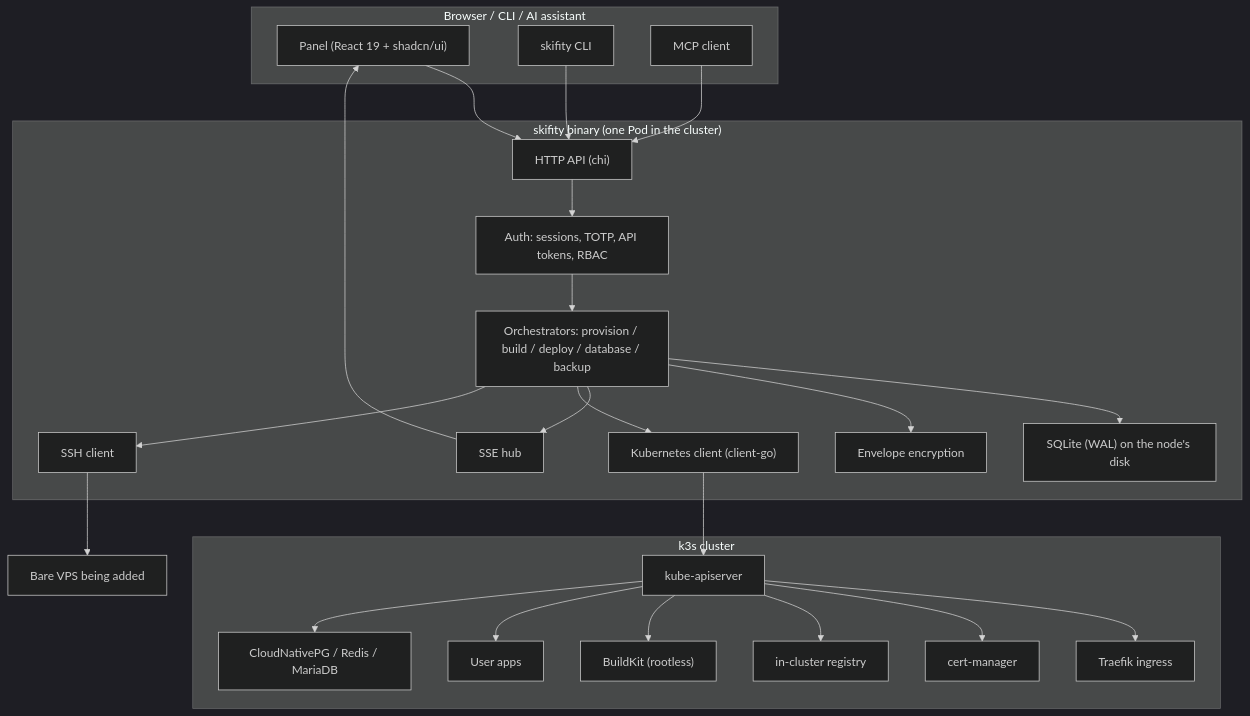
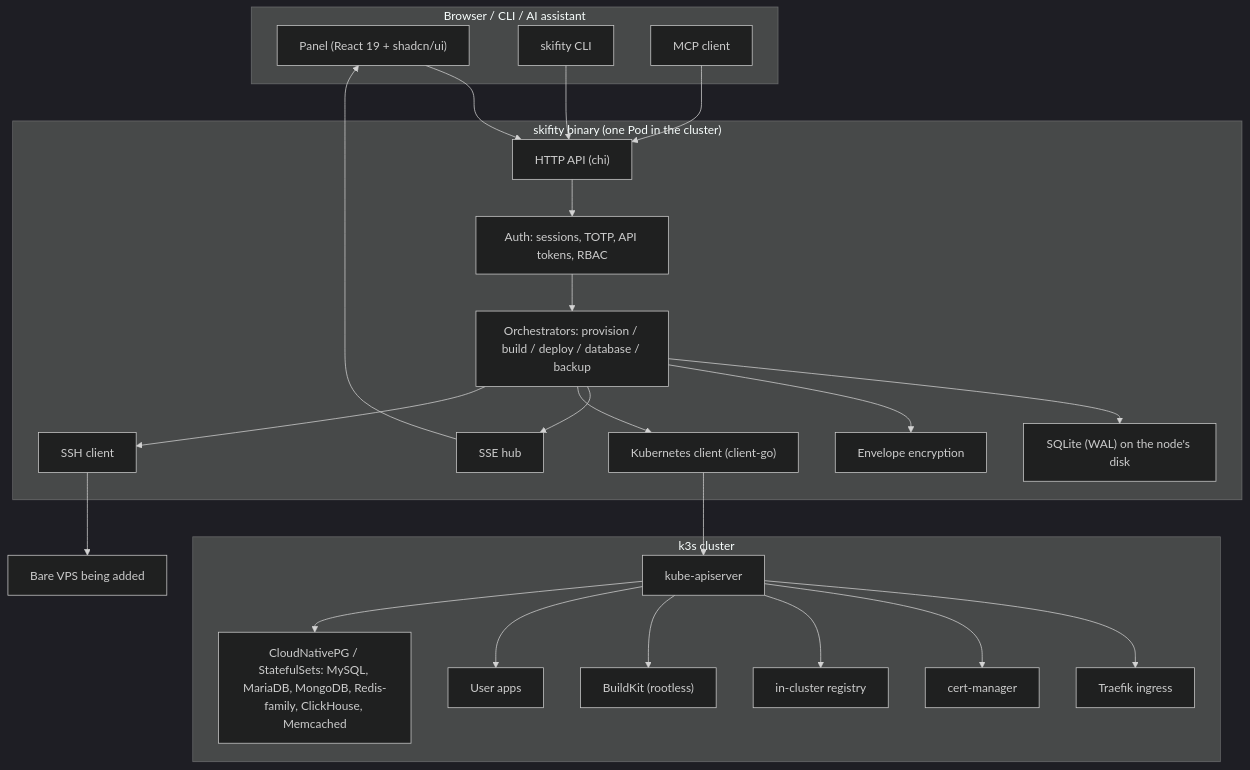
Before and after one commit to Skifity/Skifity: the first of 4 diagrams in docs/architecture.md, drawn with Mermaid (dark theme). The commit also changed other lines of this file and 96 other files, not shown here.

````diff
--- a/docs/architecture.md
+++ b/docs/architecture.md
@@ -56,42 +56,42 @@
 ```mermaid
 flowchart TB
     subgraph browser["Browser / CLI / AI assistant"]
         UI["Panel (React 19 + shadcn/ui)"]
         CLI["skifity CLI"]
         MCP["MCP client"]
     end
 
     subgraph panel["skifity binary (one Pod in the cluster)"]
         API["HTTP API (chi)"]
         AUTH["Auth: sessions, TOTP, API tokens, RBAC"]
         CRYPTO["Envelope encryption"]
         STORE["SQLite (WAL) on the node's disk"]
         EVENTS["SSE hub"]
         ORCH["Orchestrators: provision / build / deploy / database / backup"]
         KUBE["Kubernetes client (client-go)"]
         SSH["SSH client"]
     end
 
     subgraph cluster["k3s cluster"]
         APIsrv["kube-apiserver"]
         TRAEFIK["Traefik ingress"]
         CM["cert-manager"]
         REG["in-cluster registry"]
         BK["BuildKit (rootless)"]
         APPS["User apps"]
-        DBS["CloudNativePG / Redis / MariaDB"]
+        DBS["CloudNativePG / StatefulSets: MySQL, MariaDB, MongoDB, Redis-family, ClickHouse, Memcached"]
     end
 
     VPS["Bare VPS being added"]
 
     UI --> API
     CLI --> API
     MCP --> API
     API --> AUTH --> ORCH
     ORCH --> STORE
     ORCH --> CRYPTO
     ORCH --> EVENTS --> UI
     ORCH --> KUBE --> APIsrv
     ORCH --> SSH --> VPS
     APIsrv --> TRAEFIK & CM & REG & BK & APPS & DBS
 ```
````
